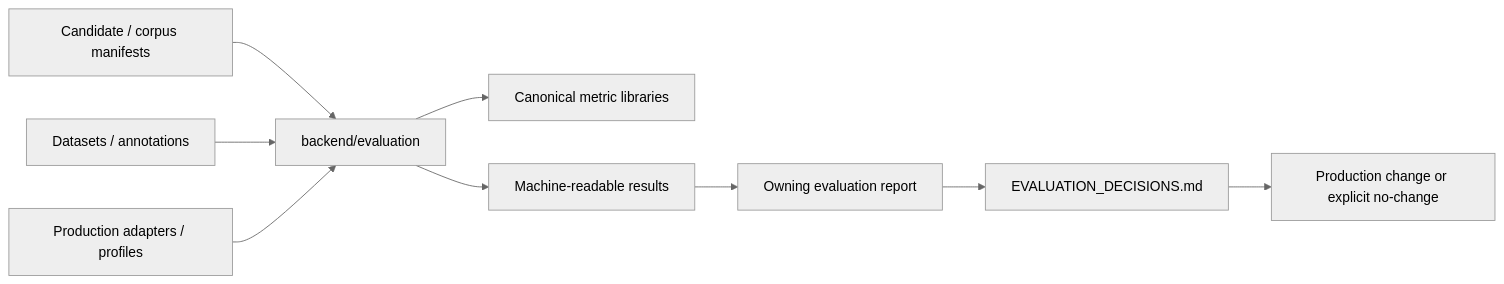
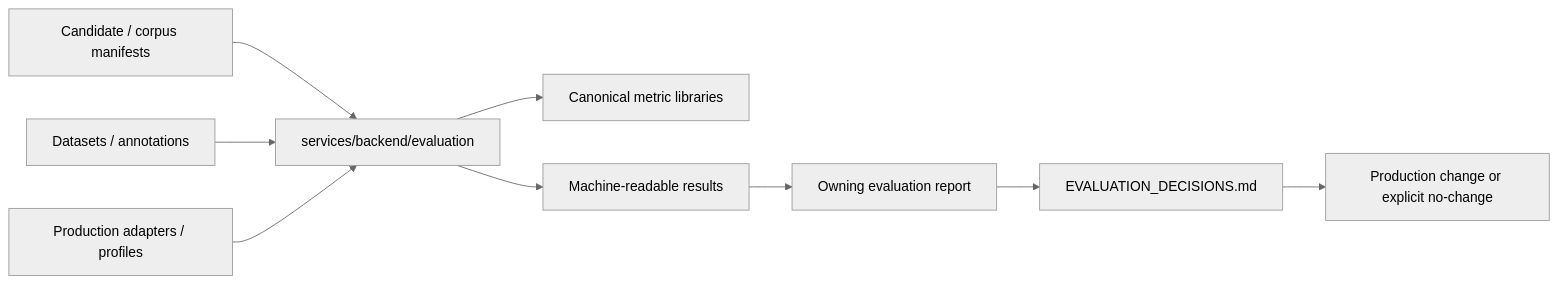
Before and after one commit to ListenCloser/listencloser: the fifth of 5 diagrams in docs/EVALUATION_METHODOLOGY.md, drawn with Mermaid (neutral theme). The commit also changed 819 other files, not shown here.

````diff
--- a/docs/EVALUATION_METHODOLOGY.md
+++ b/docs/EVALUATION_METHODOLOGY.md
@@ -168,11 +168,11 @@
 ```mermaid
 flowchart LR
-    Manifest["Candidate / corpus manifests"] --> Harness["backend/evaluation"]
+    Manifest["Candidate / corpus manifests"] --> Harness["services/backend/evaluation"]
     Dataset["Datasets / annotations"] --> Harness
     Production["Production adapters / profiles"] --> Harness
     Harness --> Metrics["Canonical metric libraries"]
     Harness --> Results["Machine-readable results"]
     Results --> Report["Owning evaluation report"]
     Report --> Ledger["EVALUATION_DECISIONS.md"]
     Ledger --> Runtime["Production change or explicit no-change"]
 ```
````
